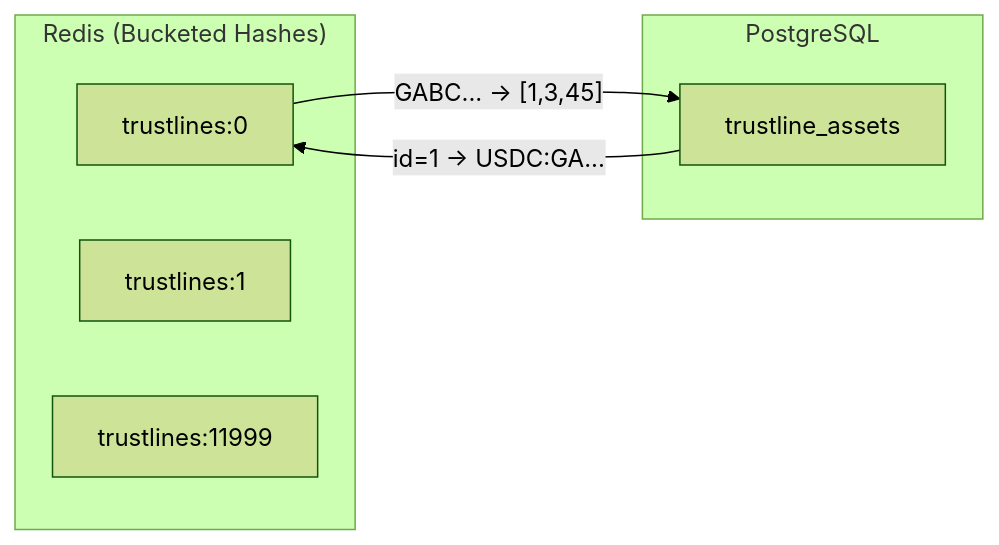
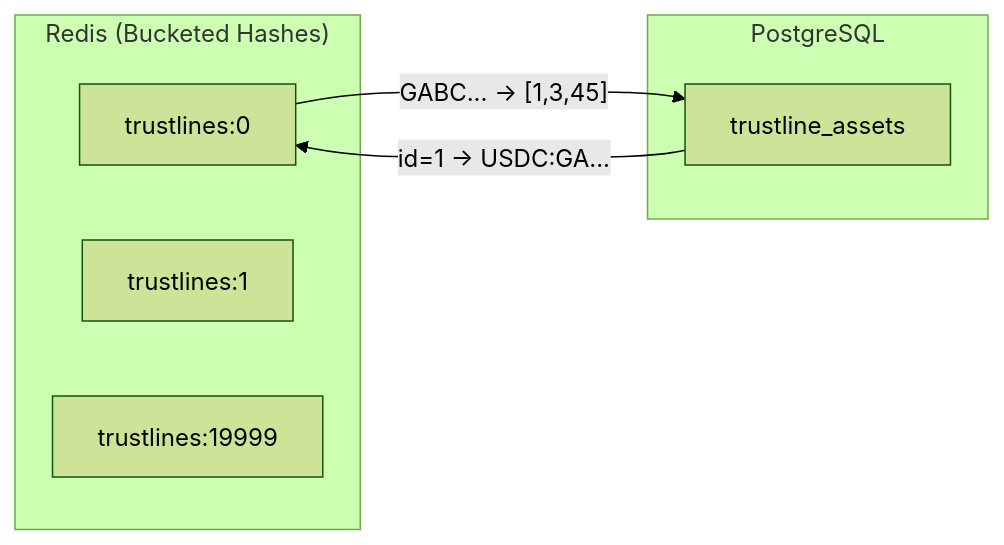
The fourth of 5 diagrams in README.md (stellar/wallet-backend), drawn with Mermaid (forest theme) before and after one commit. The commit also changed other lines of this file and 1 other file, not shown here.

````diff
--- a/README.md
+++ b/README.md
@@ -419,13 +518,13 @@
 ```mermaid
 flowchart LR
     subgraph Redis["Redis (Bucketed Hashes)"]
         B0["trustlines:0"]
         B1["trustlines:1"]
-        BN["trustlines:11999"]
+        BN["trustlines:19999"]
     end
     subgraph PG["PostgreSQL"]
         T["trustline_assets"]
     end
     B0 -->|"GABC... → [1,3,45]"| T
     T -->|"id=1 → USDC:GA..."| B0
 ```
````
